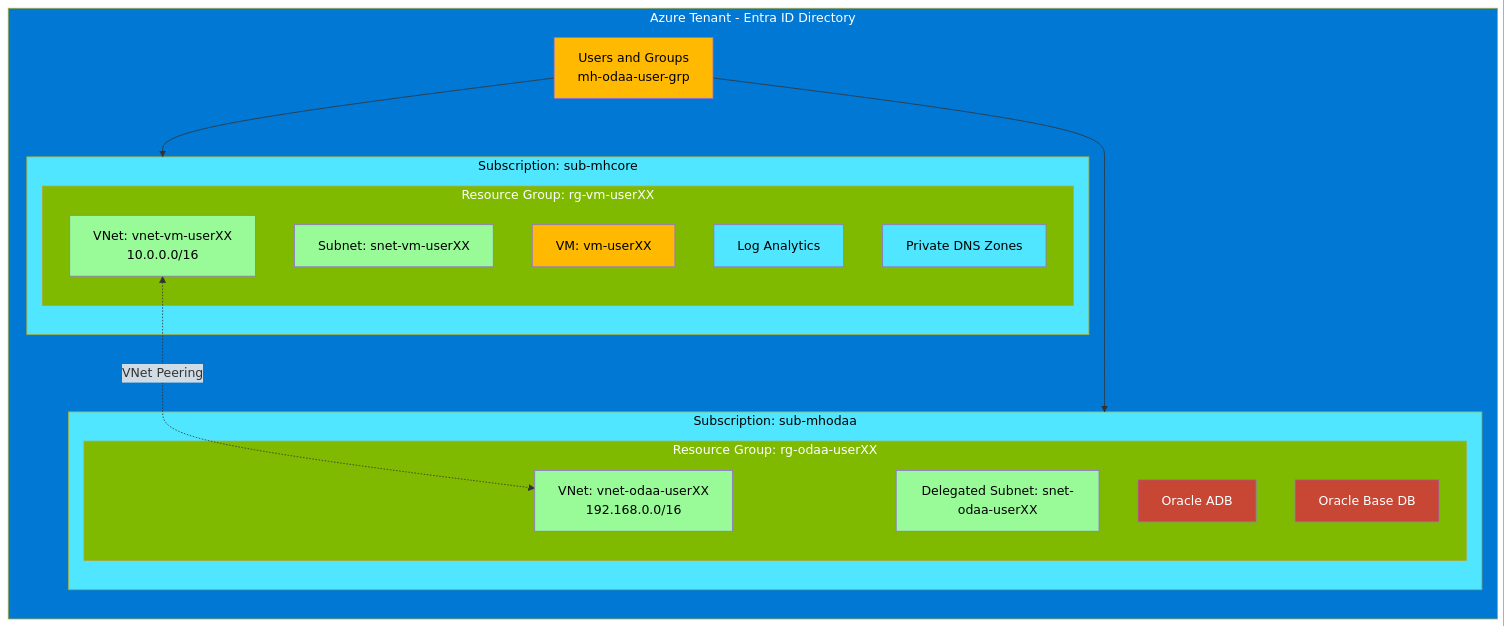
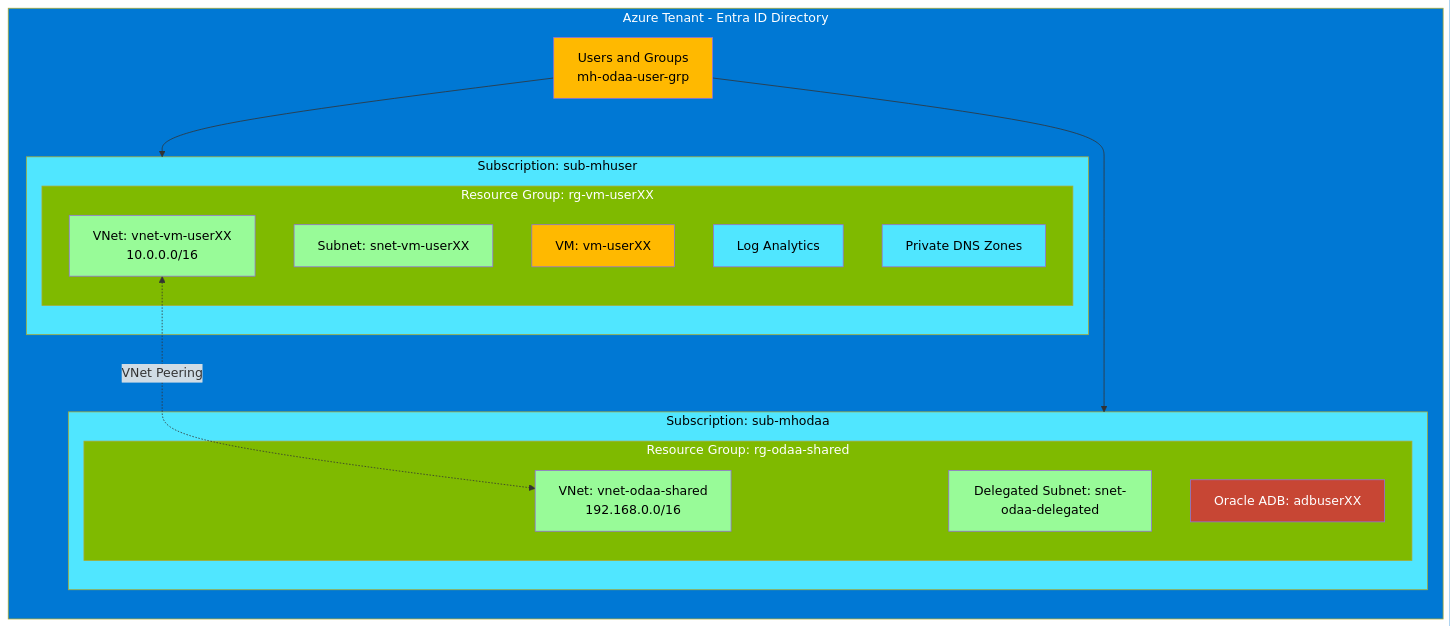
One commit to cpinotossi/msftmh changed the second of 3 diagrams in 03-Azure/01-03-Infrastructure/10_Oracle_on_Azure/README.md. Above: the diagram before and after it, drawn with Mermaid. The commit also changed other lines of this file, not shown here.

````diff
--- a/03-Azure/01-03-Infrastructure/10_Oracle_on_Azure/README.md
+++ b/03-Azure/01-03-Infrastructure/10_Oracle_on_Azure/README.md
@@ -140,46 +92,44 @@
 ```mermaid
 flowchart TB
     subgraph TENANT[Azure Tenant - Entra ID Directory]
         direction TB
         USERS[Users and Groups<br/>mh-odaa-user-grp]
         
-        subgraph SUB_VM[Subscription: sub-mhcore]
+        subgraph SUB_VM[Subscription: sub-mhuser]
             subgraph RG_VM[Resource Group: rg-vm-userXX]
                 VNET_VM[VNet: vnet-vm-userXX<br/>10.0.0.0/16]
                 SNET_VM[Subnet: snet-vm-userXX]
                 VM_MACHINE[VM: vm-userXX]
                 LOG[Log Analytics]
                 DNS_ZONES[Private DNS Zones]
             end
         end
         
         subgraph SUB_ODAA[Subscription: sub-mhodaa]
-            subgraph RG_ODAA[Resource Group: rg-odaa-userXX]
-                VNET_ODAA[VNet: vnet-odaa-userXX<br/>192.168.0.0/16]
-                SNET_ODAA[Delegated Subnet: snet-odaa-userXX]
-                ADB[Oracle ADB]
-                BASEDB[Oracle Base DB]
+            subgraph RG_ODAA[Resource Group: rg-odaa-shared]
+                VNET_ODAA[VNet: vnet-odaa-shared<br/>192.168.0.0/16]
+                SNET_ODAA[Delegated Subnet: snet-odaa-delegated]
+                ADB[Oracle ADB: adbuserXX]
             end
         end
     end
 
     USERS --> SUB_VM
     USERS --> SUB_ODAA
     VNET_VM <-.->|VNet Peering| VNET_ODAA
 
     style TENANT fill:#0078D4,color:#fff
     style USERS fill:#FFB900,color:#000
     style SUB_VM fill:#50E6FF,color:#000
     style SUB_ODAA fill:#50E6FF,color:#000
     style RG_VM fill:#7FBA00,color:#fff
     style RG_ODAA fill:#7FBA00,color:#fff
     style VNET_VM fill:#98FB98,color:#000
     style VNET_ODAA fill:#98FB98,color:#000
     style VM_MACHINE fill:#FFB900,color:#000
     style SNET_VM fill:#98FB98,color:#000
     style SNET_ODAA fill:#98FB98,color:#000
     style LOG fill:#50E6FF,color:#000
     style DNS_ZONES fill:#50E6FF,color:#000
     style ADB fill:#C74634,color:#fff
-    style BASEDB fill:#C74634,color:#fff
 ```
````
